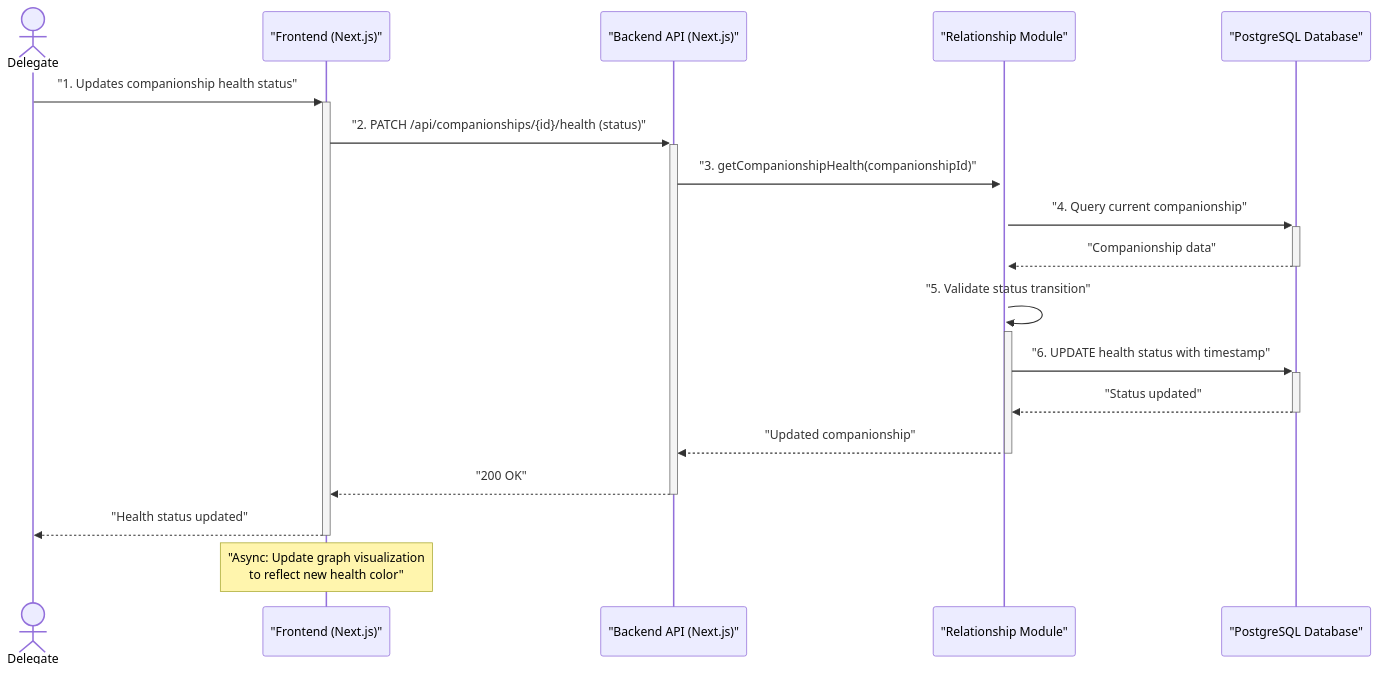
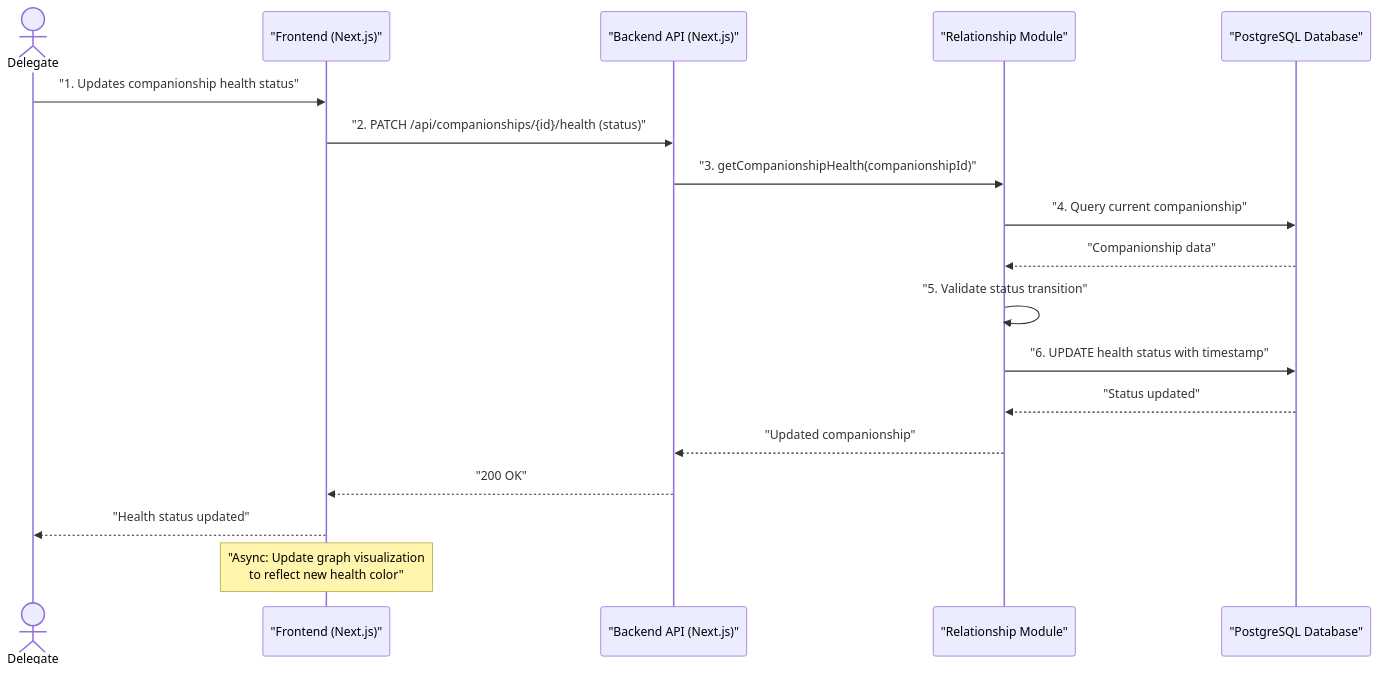
One commit to greg-latuszek/emma-companionship changed the tenth of 13 diagrams in docs/architecture.md. Above: the diagram before and after it, drawn with Mermaid. The commit also changed other lines of this file, not shown here.

First line of the commit message:
fix diagrams rendering

````diff
--- a/docs/architecture.md
+++ b/docs/architecture.md
@@ -784,23 +784,23 @@
 ```mermaid
 sequenceDiagram
     actor User as Delegate
     participant FE as "Frontend (Next.js)"
     participant API as "Backend API (Next.js)"
     participant Relationship as "Relationship Module"
     participant DB as "PostgreSQL Database"
 
-    User->>+FE: "1. Updates companionship health status"
-    FE->>+API: "2. PATCH /api/companionships/{id}/health (status)"
-    API->>+Relationship: "3. getCompanionshipHealth(companionshipId)"
-    Relationship->>+DB: "4. Query current companionship"
-    DB-->>-Relationship: "Companionship data"
+    User->>FE: "1. Updates companionship health status"
+    FE->>API: "2. PATCH /api/companionships/{id}/health (status)"
+    API->>Relationship: "3. getCompanionshipHealth(companionshipId)"
+    Relationship->>DB: "4. Query current companionship"
+    DB-->>Relationship: "Companionship data"
     
-    Relationship->>+Relationship: "5. Validate status transition"
-    Relationship->>+DB: "6. UPDATE health status with timestamp"
-    DB-->>-Relationship: "Status updated"
-    Relationship-->>-API: "Updated companionship"
-    API-->>-FE: "200 OK"
-    FE-->>-User: "Health status updated"
+    Relationship->>Relationship: "5. Validate status transition"
+    Relationship->>DB: "6. UPDATE health status with timestamp"
+    DB-->>Relationship: "Status updated"
+    Relationship-->>API: "Updated companionship"
+    API-->>FE: "200 OK"
+    FE-->>User: "Health status updated"
     
     Note over FE: "Async: Update graph visualization<br/>to reflect new health color"
 ```
````
